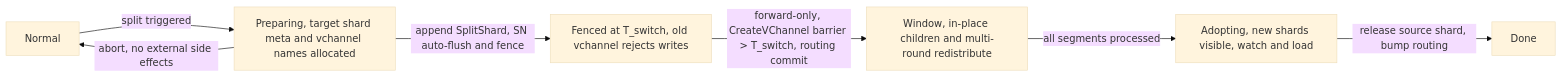
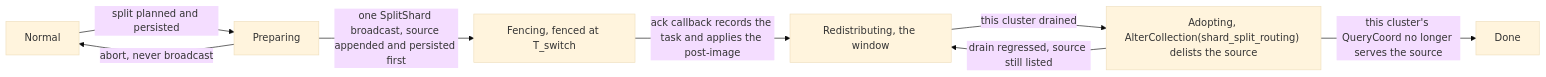
Before and after one commit to milvus-io/milvus: the first of 4 diagrams in docs/design-docs/design_docs/20260610-shard_split.md, drawn with Mermaid (base theme). The commit also changed other lines of this file, not shown here.

First line of the commit message:
doc: carry the shard split design doc's review-round-3 text onto the new base

````diff
--- a/docs/design-docs/design_docs/20260610-shard_split.md
+++ b/docs/design-docs/design_docs/20260610-shard_split.md
@@ -248,9 +565,10 @@
 ```mermaid
 flowchart LR
-    IDLE["Normal"] -->|"split triggered"| PREP["Preparing, target shard meta and vchannel names allocated"]
-    PREP -->|"abort, no external side effects"| IDLE
-    PREP -->|"append SplitShard, SN auto-flush and fence"| FENCE["Fenced at T_switch, old vchannel rejects writes"]
-    FENCE -->|"forward-only, CreateVChannel barrier > T_switch, routing commit"| WIN["Window, in-place children and multi-round redistribute"]
-    WIN -->|"all segments processed"| ADOPT["Adopting, new shards visible, watch and load"]
-    ADOPT -->|"release source shard, bump routing"| DONE["Done"]
+    IDLE["Normal"] -->|"split planned and persisted"| PREP["Preparing"]
+    PREP -->|"abort, never broadcast"| IDLE
+    PREP -->|"one SplitShard broadcast, source appended and persisted first"| FENCE["Fencing, fenced at T_switch"]
+    FENCE -->|"ack callback records the task and applies the post-image"| WIN["Redistributing, the window"]
+    WIN -->|"this cluster drained"| ADOPT["Adopting, AlterCollection(shard_split_routing) delists the source"]
+    ADOPT -->|"drain regressed, source still listed"| WIN
+    ADOPT -->|"this cluster's QueryCoord no longer serves the source"| DONE["Done"]
 ```
````
